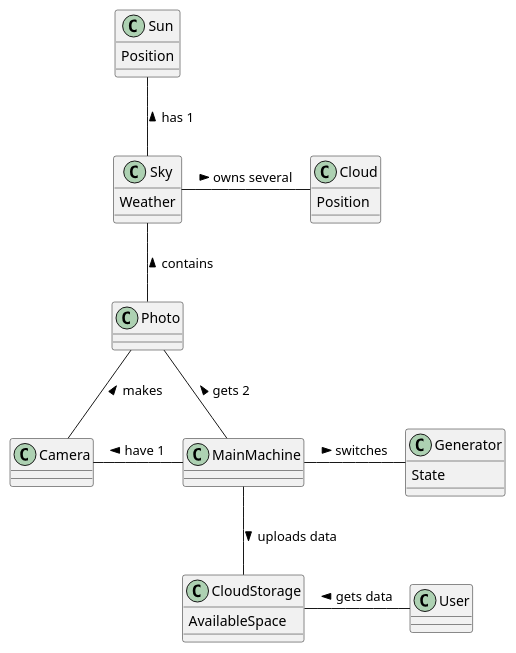
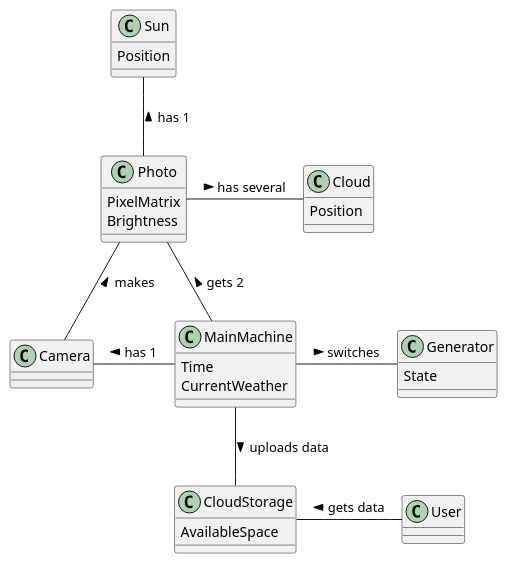
Before and after one commit to fanglores/-: the diagram in Project/doc/conceptual.pu, drawn with PlantUML.

```diff
--- a/Project/doc/conceptual.pu
+++ b/Project/doc/conceptual.pu
@@ -1,42 +1,44 @@
 @startuml
 
 class Sun
 {
    Position
 }
 
 class Cloud
 {
    Position
 }
 
-class Sky
+class Photo
 {
-   Weather
+   PixelMatrix
+   Brightness
 }
-
-class Photo
 class Camera
 class MainMachine
+{
+   Time
+   CurrentWeather
+}
 
 class Generator
 {
    State
 }
 
 class CloudStorage
 {
    AvailableSpace
 }
 
-Sky -- Photo : contains <
 Photo -- Camera : makes <
 Photo -- MainMachine: gets 2 <
-Sun -- Sky : has 1 <
-Sky - Cloud: owns several >
-Camera - MainMachine : have 1 <
+Sun -- Photo : has 1 <
+Photo - Cloud: has several >
+Camera - MainMachine : has 1 <
 MainMachine - Generator : switches >
 MainMachine -- CloudStorage : uploads data >
 CloudStorage - User: gets data <
 
 @enduml
```
